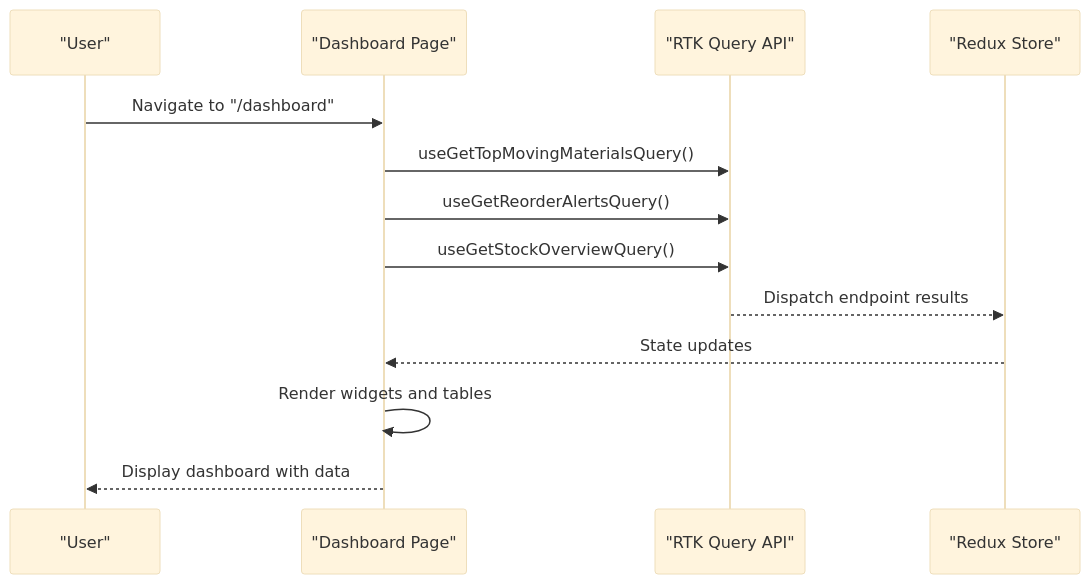
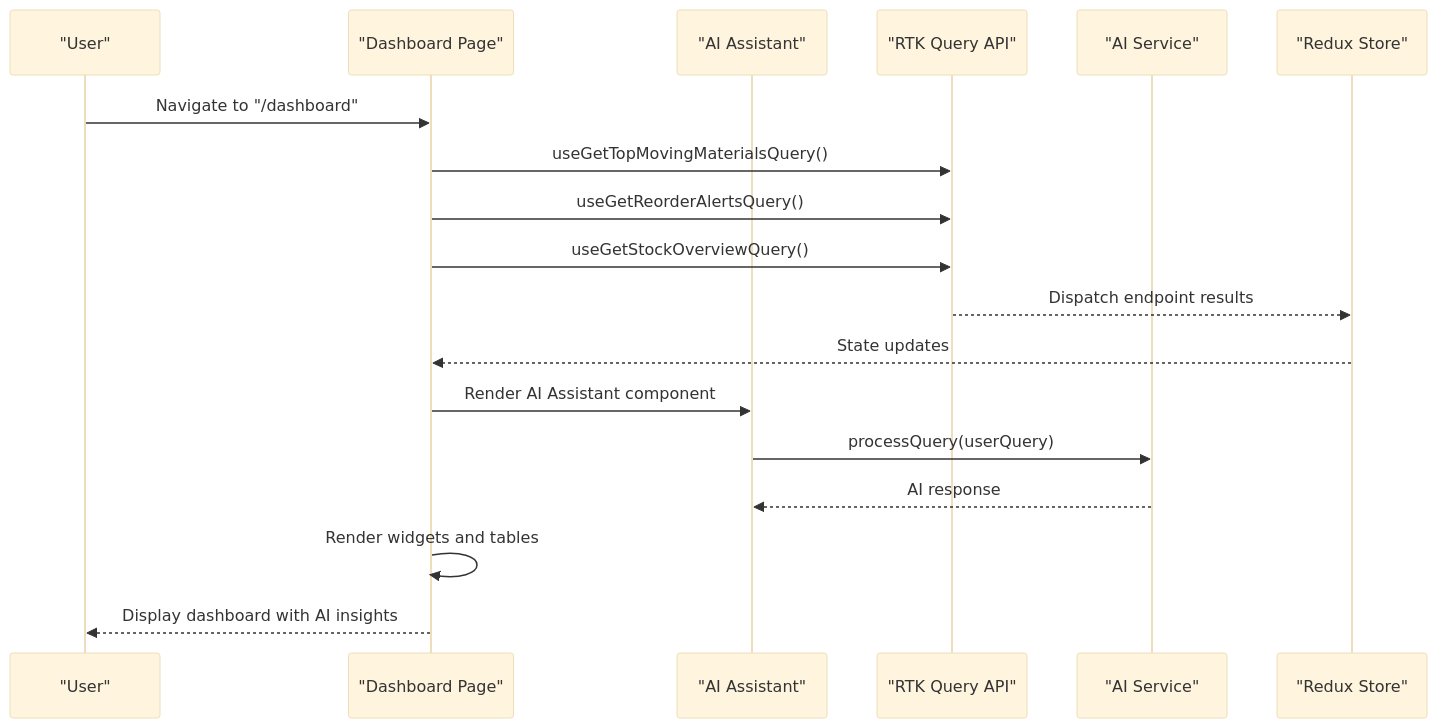
Before and after one commit to cacamarica/dashboard-ai: the third of 11 diagrams in .qoder/repowiki/en/content/Core Features/Dashboard Interface.md, drawn with Mermaid (base theme). The commit also changed other lines of this file and 14 other files, not shown here.

````diff
--- a/.qoder/repowiki/en/content/Core Features/Dashboard Interface.md
+++ b/.qoder/repowiki/en/content/Core Features/Dashboard Interface.md
@@ -166,15 +243,20 @@
 ```mermaid
 sequenceDiagram
 participant User as "User"
 participant Page as "Dashboard Page"
+participant AIAssistant as "AI Assistant"
 participant API as "RTK Query API"
+participant AIService as "AI Service"
 participant Store as "Redux Store"
 User->>Page : Navigate to "/dashboard"
 Page->>API : useGetTopMovingMaterialsQuery()
 Page->>API : useGetReorderAlertsQuery()
 Page->>API : useGetStockOverviewQuery()
 API-->>Store : Dispatch endpoint results
 Store-->>Page : State updates
+Page->>AIAssistant : Render AI Assistant component
+AIAssistant->>AIService : processQuery(userQuery)
+AIService-->>AIAssistant : AI response
 Page->>Page : Render widgets and tables
-Page-->>User : Display dashboard with data
+Page-->>User : Display dashboard with AI insights
 ```
````
